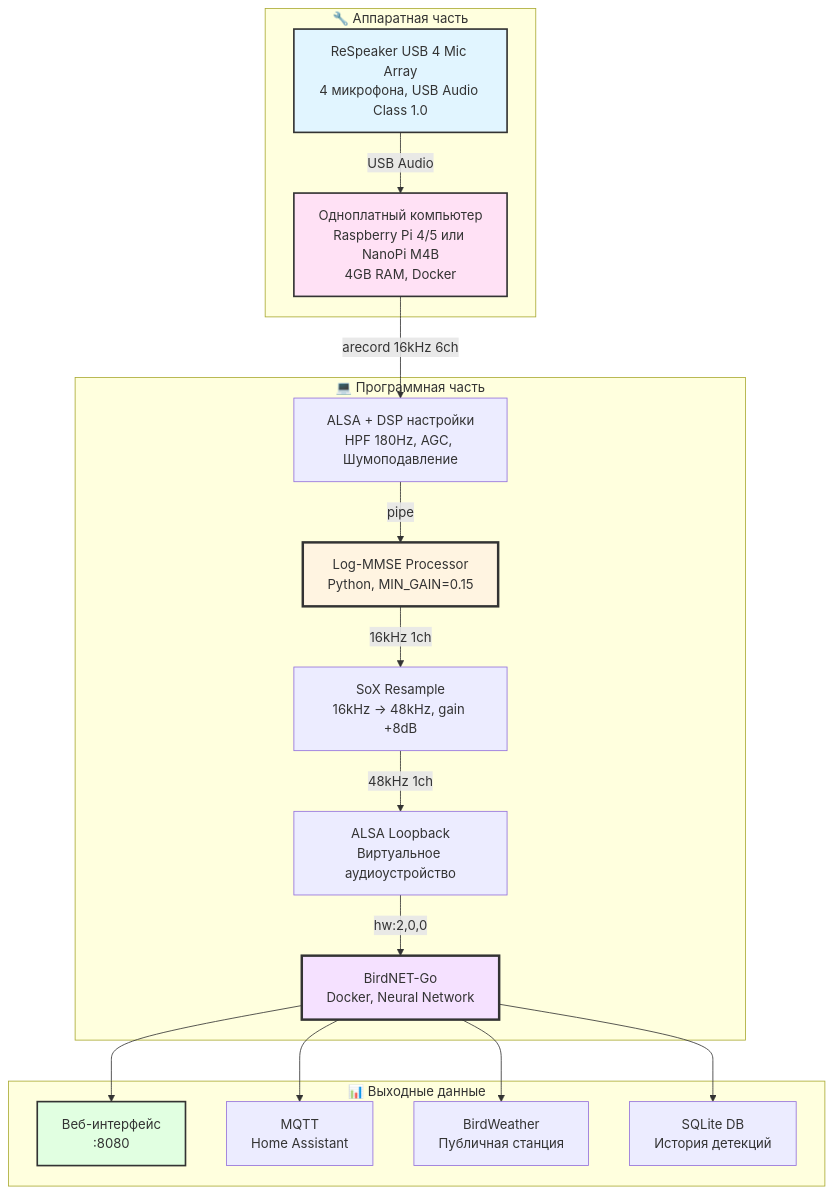
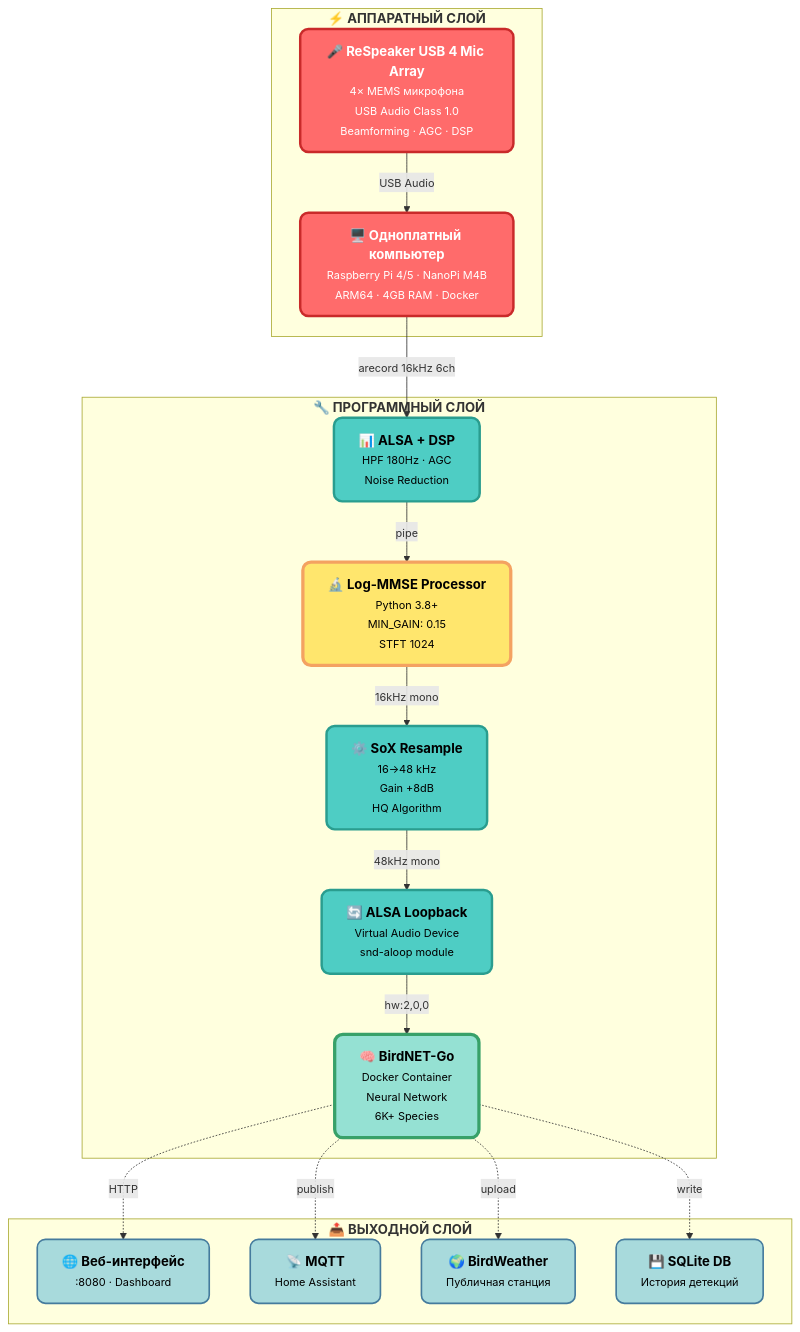
One commit to Gfermoto/birdnet_odas changed the first of 2 diagrams in article.md. Above: the diagram before and after it, drawn with Mermaid. The commit also changed other lines of this file and 3 other files, not shown here.

First line of the commit message:
design: профессиональный редизайн всех диаграмм

````diff
--- a/article.md
+++ b/article.md
@@ -98,39 +98,46 @@
 ```mermaid
+%%{init: {'theme':'base', 'themeVariables': { 'fontSize':'15px', 'fontFamily':'system-ui, -apple-system, "Segoe UI", Roboto, sans-serif'}}}%%
 graph TB
-    subgraph Hardware["🔧 Аппаратная часть"]
-        A[ReSpeaker USB 4 Mic Array<br/>4 микрофона, USB Audio Class 1.0]
-        B[Одноплатный компьютер<br/>Raspberry Pi 4/5 или NanoPi M4B<br/>4GB RAM, Docker]
+    subgraph HW["<b>⚡ АППАРАТНЫЙ СЛОЙ</b>"]
+        A["<b>🎤 ReSpeaker USB 4 Mic Array</b><br/><small>4× MEMS микрофона<br/>USB Audio Class 1.0<br/>Beamforming · AGC · DSP</small>"]
+        B["<b>🖥️ Одноплатный компьютер</b><br/><small>Raspberry Pi 4/5 · NanoPi M4B<br/>ARM64 · 4GB RAM · Docker</small>"]
     end
     
-    subgraph Software["💻 Программная часть"]
-        C[ALSA + DSP настройки<br/>HPF 180Hz, AGC, Шумоподавление]
-        D[Log-MMSE Processor<br/>Python, MIN_GAIN=0.15]
-        E[SoX Resample<br/>16kHz → 48kHz, gain +8dB]
-        F[ALSA Loopback<br/>Виртуальное аудиоустройство]
-        G[BirdNET-Go<br/>Docker, Neural Network]
+    subgraph SW["<b>🔧 ПРОГРАММНЫЙ СЛОЙ</b>"]
+        C["<b>📊 ALSA + DSP</b><br/><small>HPF 180Hz · AGC<br/>Noise Reduction</small>"]
+        D["<b>🔬 Log-MMSE Processor</b><br/><small>Python 3.8+<br/>MIN_GAIN: 0.15<br/>STFT 1024</small>"]
+        E["<b>⚙️ SoX Resample</b><br/><small>16→48 kHz<br/>Gain +8dB<br/>HQ Algorithm</small>"]
+        F["<b>🔄 ALSA Loopback</b><br/><small>Virtual Audio Device<br/>snd-aloop module</small>"]
+        G["<b>🧠 BirdNET-Go</b><br/><small>Docker Container<br/>Neural Network<br/>6K+ Species</small>"]
     end
     
-    subgraph Output["📊 Выходные данные"]
-        H[Веб-интерфейс<br/>:8080]
-        I[MQTT<br/>Home Assistant]
-        J[BirdWeather<br/>Публичная станция]
-        K[SQLite DB<br/>История детекций]
+    subgraph OUT["<b>📤 ВЫХОДНОЙ СЛОЙ</b>"]
+        H["<b>🌐 Веб-интерфейс</b><br/><small>:8080 · Dashboard</small>"]
+        I["<b>📡 MQTT</b><br/><small>Home Assistant</small>"]
+        J["<b>🌍 BirdWeather</b><br/><small>Публичная станция</small>"]
+        K["<b>💾 SQLite DB</b><br/><small>История детекций</small>"]
     end
     
-    A -->|USB Audio| B
-    B -->|arecord 16kHz 6ch| C
-    C -->|pipe| D
-    D -->|16kHz 1ch| E
-    E -->|48kHz 1ch| F
-    F -->|hw:2,0,0| G
-    G --> H
-    G --> I
-    G --> J
-    G --> K
+    A -->|"<small>USB Audio</small>"| B
+    B -->|"<small>arecord 16kHz 6ch</small>"| C
+    C -->|"<small>pipe</small>"| D
+    D -->|"<small>16kHz mono</small>"| E
+    E -->|"<small>48kHz mono</small>"| F
+    F -->|"<small>hw:2,0,0</small>"| G
+    G -.->|"<small>HTTP</small>"| H
+    G -.->|"<small>publish</small>"| I
+    G -.->|"<small>upload</small>"| J
+    G -.->|"<small>write</small>"| K
     
-    style A fill:#e1f5ff,stroke:#333,stroke-width:2px
-    style B fill:#ffe1f5,stroke:#333,stroke-width:2px
-    style D fill:#fff4e1,stroke:#333,stroke-width:3px
-    style G fill:#f5e1ff,stroke:#333,stroke-width:3px
-    style H fill:#e1ffe1,stroke:#333,stroke-width:2px
+    classDef hardware fill:#FF6B6B,stroke:#C92A2A,stroke-width:3px,color:#fff,rx:10,ry:10
+    classDef dsp fill:#4ECDC4,stroke:#2A9D8F,stroke-width:3px,color:#000,rx:10,ry:10
+    classDef core fill:#FFE66D,stroke:#F4A261,stroke-width:4px,color:#000,rx:10,ry:10
+    classDef ai fill:#95E1D3,stroke:#38A169,stroke-width:4px,color:#000,rx:10,ry:10
+    classDef output fill:#A8DADC,stroke:#457B9D,stroke-width:2px,color:#000,rx:10,ry:10
+    
+    class A,B hardware
+    class C,E,F dsp
+    class D core
+    class G ai
+    class H,I,J,K output
 ```
````
